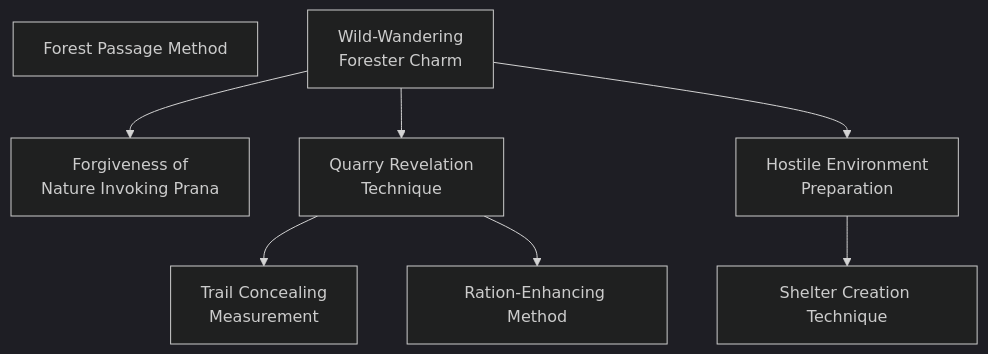
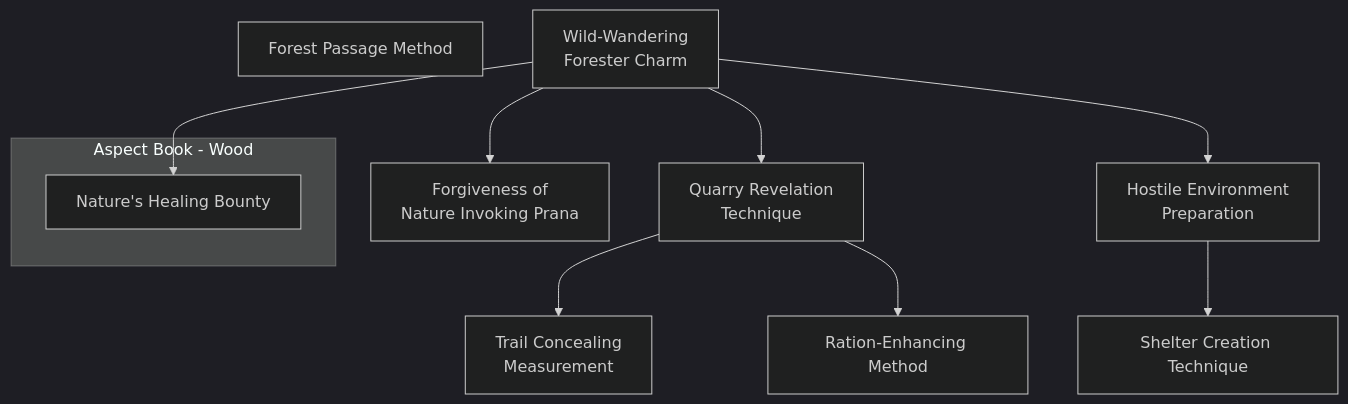
The diagram in docs/mermaid/dragon_blooded/wood_survival_2.mmd (jrobichaud/exalted-charms-1e), drawn with Mermaid before and after one commit. The commit also changed 4 other files, not shown here.

Commit message:
Aspect book wood

```diff
--- a/docs/mermaid/dragon_blooded/wood_survival_2.mmd
+++ b/docs/mermaid/dragon_blooded/wood_survival_2.mmd
@@ -221,3 +221,31 @@
         shelter, he must spend an additional mote of Essence per
         person to be accommodated within it.
         "
+
+    subgraph Aspect Book - Wood
+        natures_healing_bounty[Nature's Healing Bounty]
+        click natures_healing_bounty callback "
+            Nature's Healing Bounty<br>
+            <br>
+            Cost: 1 mote per two dice<br>
+            Duration: Instant<br>
+            Type: Reflexive<br>
+            Minimum Survival: 3<br>
+            Minimum Essence: 2<br>
+            Prerequisite Charms: Wild-Wandering Forester Charm<br>
+            <br>
+            Wood-aspected Dragon-Blooded are known for their
+            great expertise in herbalism and natural healing lore. With
+            the use of this Charm, a Terrestrial Exalt may supplement
+            his healing skills through the use of medicinal plants and
+            wild herbs. The Dragon-Blood can improve his Medicine
+            dice pools by two dice for every mote of Essence spent
+            but can add no more dice than his Survival Ability (plus
+            any relevant specialty). The character must spend a full
+            mote of Essence even if his player wishes to add just a
+            single die (as might be the case if the character had an
+            odd Survival score).
+            "
+    end
+
+    wild_wandering_forester_charm --> natures_healing_bounty
```
